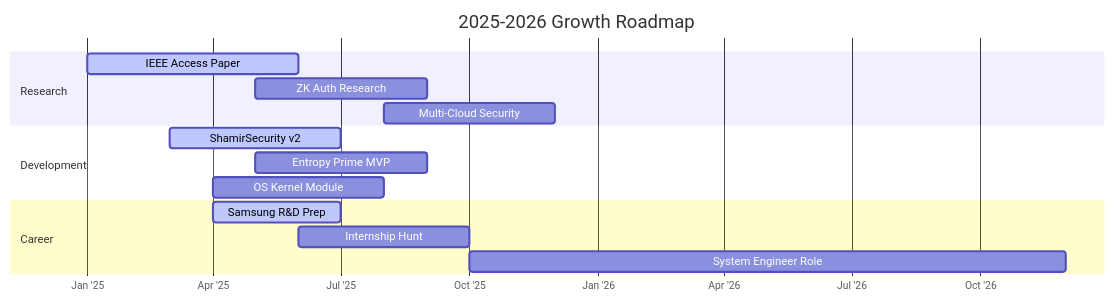
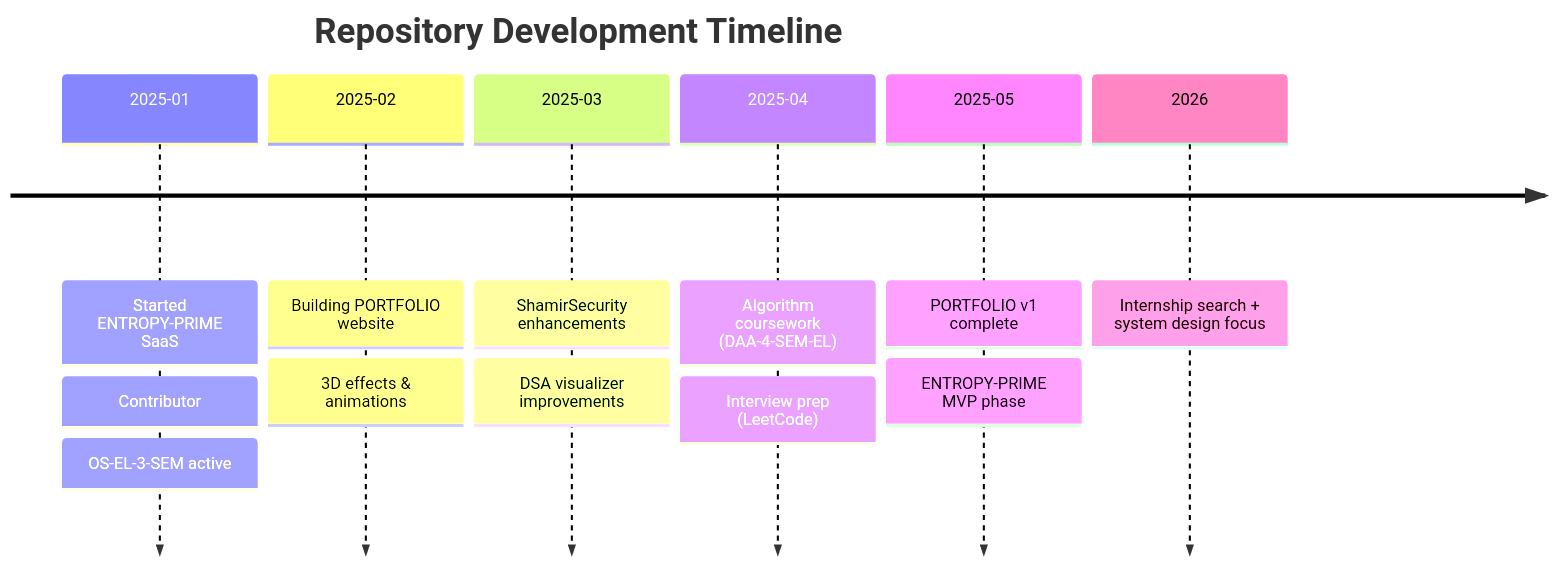
Before and after one commit to Parik-2006/Parik-2006: the fifth of 6 diagrams in README.md, drawn with Mermaid. The commit also changed other lines of this file and 1 other file, not shown here.

First line of the commit message:
♻️ Refactor README with real projects only + fix contribution chart

````diff
--- a/README.md
+++ b/README.md
@@ -283,21 +218,15 @@
 ```mermaid
-gantt
-    title 2025-2026 Growth Roadmap
-    dateFormat  YYYY-MM
-    axisFormat %b '%y
-
-    section Research
-    IEEE Access Paper          :active, 2025-01, 2025-06
-    ZK Auth Research           :2025-05, 2025-09
-    Multi-Cloud Security       :2025-08, 2025-12
-
-    section Development
-    ShamirSecurity v2          :active, 2025-03, 2025-07
-    Entropy Prime MVP          :2025-05, 2025-09
-    OS Kernel Module           :2025-04, 2025-08
-
-    section Career
-    Samsung R&D Prep           :active, 2025-04, 2025-07
-    Internship Hunt            :2025-06, 2025-10
-    System Engineer Role       :2025-10, 2026-12
+timeline
+    title Repository Development Timeline
+    2025-01 : Started ENTROPY-PRIME SaaS
+        : Contributor: OS-EL-3-SEM active
+    2025-02 : Building PORTFOLIO website
+        : 3D effects & animations
+    2025-03 : ShamirSecurity enhancements
+        : DSA visualizer improvements
+    2025-04 : Algorithm coursework (DAA-4-SEM-EL)
+        : Interview prep (LeetCode)
+    2025-05 : PORTFOLIO v1 complete
+        : ENTROPY-PRIME MVP phase
+    2026 : Internship search + system design focus
 ```
````
